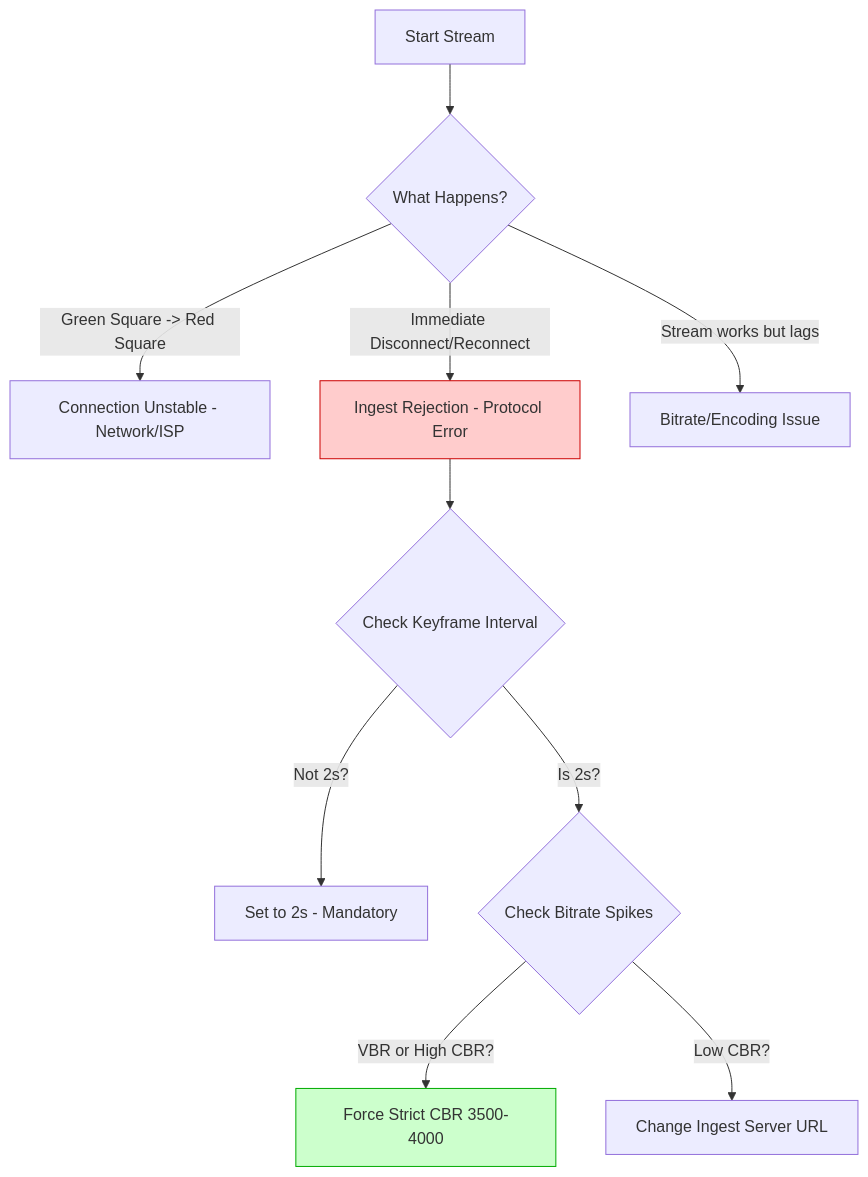
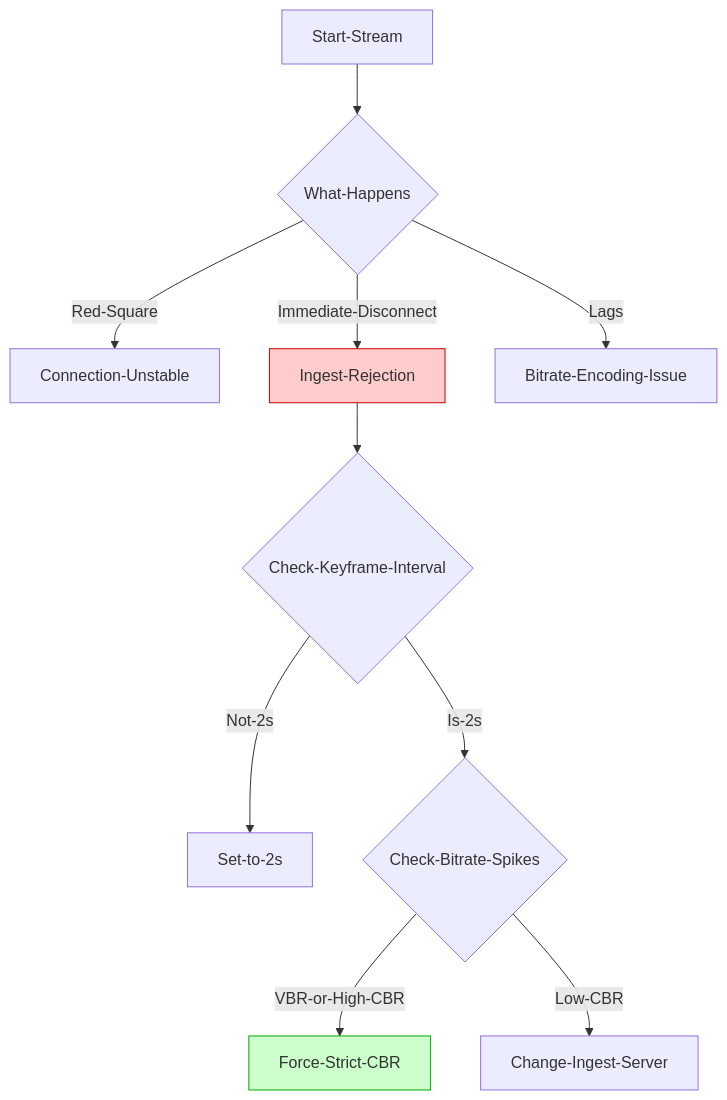
The diagram in data/blog/obs-stream-disconnects-tiktok-live-ingest-bitrate-fix-2026.mdx (littl3-boat/ttwise), drawn with Mermaid before and after one commit. The commit also changed 35 other files, not shown here.

First line of the commit message:
feat: fix Mermaid diagram syntax across blog posts and add new Reddit-sourced blog entries

````diff
--- a/data/blog/obs-stream-disconnects-tiktok-live-ingest-bitrate-fix-2026.mdx
+++ b/data/blog/obs-stream-disconnects-tiktok-live-ingest-bitrate-fix-2026.mdx
@@ -36,14 +36,14 @@
 ```mermaid
-graph TD
-  A[Start Stream] --> B{What Happens?}
-  B -->|Green Square -> Red Square| C[Connection Unstable - Network/ISP]
-  B -->|Immediate Disconnect/Reconnect| D[Ingest Rejection - Protocol Error]
-  B -->|Stream works but lags| E[Bitrate/Encoding Issue]
-  D --> F{Check Keyframe Interval}
-  F -->|Not 2s?| G[Set to 2s - Mandatory]
-  F -->|Is 2s?| H{Check Bitrate Spikes}
-  H -->|VBR or High CBR?| I[Force Strict CBR 3500-4000]
-  H -->|Low CBR?| J[Change Ingest Server URL]
+flowchart TD
+  A[Start-Stream] --> B{What-Happens}
+  B -->|Red-Square| C[Connection-Unstable]
+  B -->|Immediate-Disconnect| D[Ingest-Rejection]
+  B -->|Lags| E[Bitrate-Encoding-Issue]
+  D --> F{Check-Keyframe-Interval}
+  F -->|Not-2s| G[Set-to-2s]
+  F -->|Is-2s| H{Check-Bitrate-Spikes}
+  H -->|VBR-or-High-CBR| I[Force-Strict-CBR]
+  H -->|Low-CBR| J[Change-Ingest-Server]
   style D fill:#ffcccc,stroke:#cc0000
   style I fill:#ccffcc,stroke:#00aa00
 ```
````
